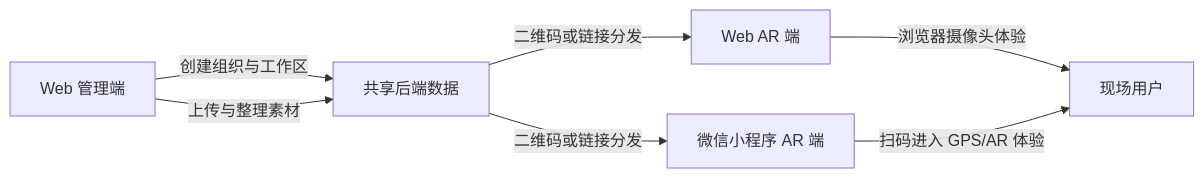
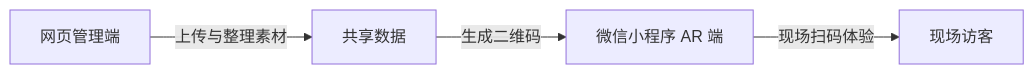
One commit to WangZhewei1027/sanlinlaojie changed the diagram in app/instructions/zh/page.mdx. Above: the diagram before and after it, drawn with Mermaid. The commit also changed other lines of this file and 17 other files, not shown here.

First line of the commit message:
feat: enhance Mermaid diagram rendering with debug logs and error handling

````diff
--- a/app/instructions/zh/page.mdx
+++ b/app/instructions/zh/page.mdx
@@ -15,9 +16,6 @@
 ```mermaid
 flowchart LR
-	A[Web 管理端] -->|创建组织与工作区| B[共享后端数据]
-	A -->|上传与整理素材| B
-	B -->|二维码或链接分发| C[Web AR 端]
-	B -->|二维码或链接分发| D[微信小程序 AR 端]
-	C -->|浏览器摄像头体验| E[现场用户]
-	D -->|扫码进入 GPS/AR 体验| E
+	A[网页管理端] -->|上传与整理素材| B[共享数据]
+	B -->|生成二维码| C[微信小程序 AR 端]
+	C -->|现场扫码体验| D[现场访客]
 ```
````
